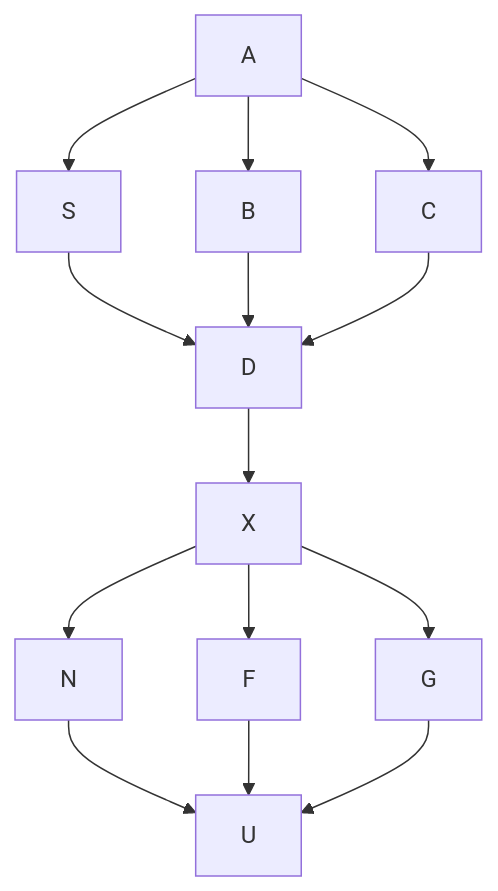
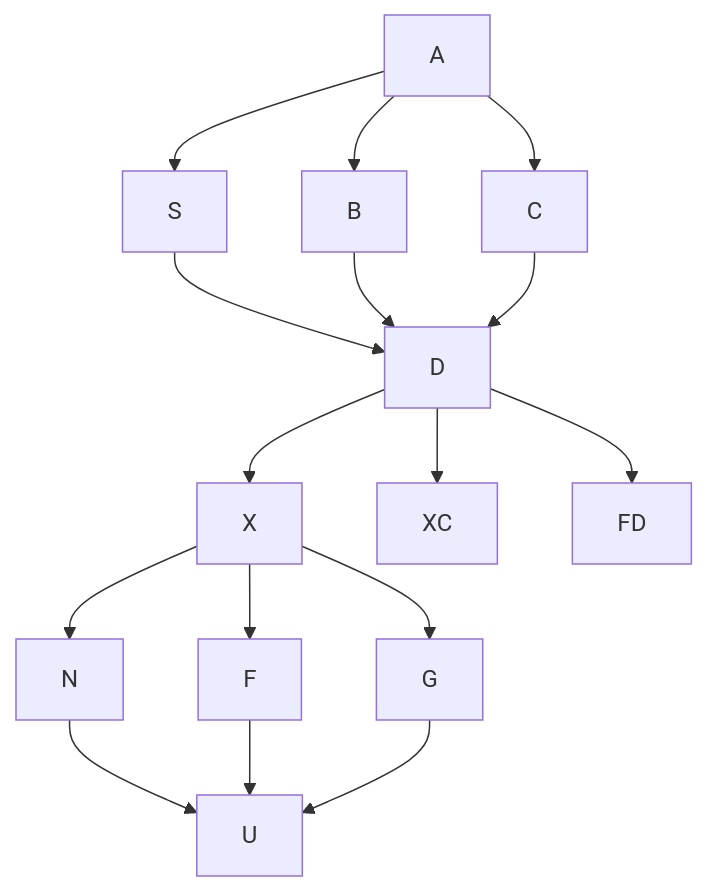
Before and after one commit to editscanx/ScanX_app: the diagram in التطبيق/مواصفات.md, drawn with Mermaid.

````diff
--- a/التطبيق/مواصفات.md
+++ b/التطبيق/مواصفات.md
@@ -1,17 +1,19 @@
 ```mermaid
 graph TD;
     A-->B;
     A-->C;
 A-->S;
 S-->D;
     B-->D;
     C-->D;
     D-->X;
 X-->N;
 X-->F;
 X-->G;
 N-->U;
 F-->U;
 G-->U;
+D-->XC;
+D-->FD;
 
 ```
````
